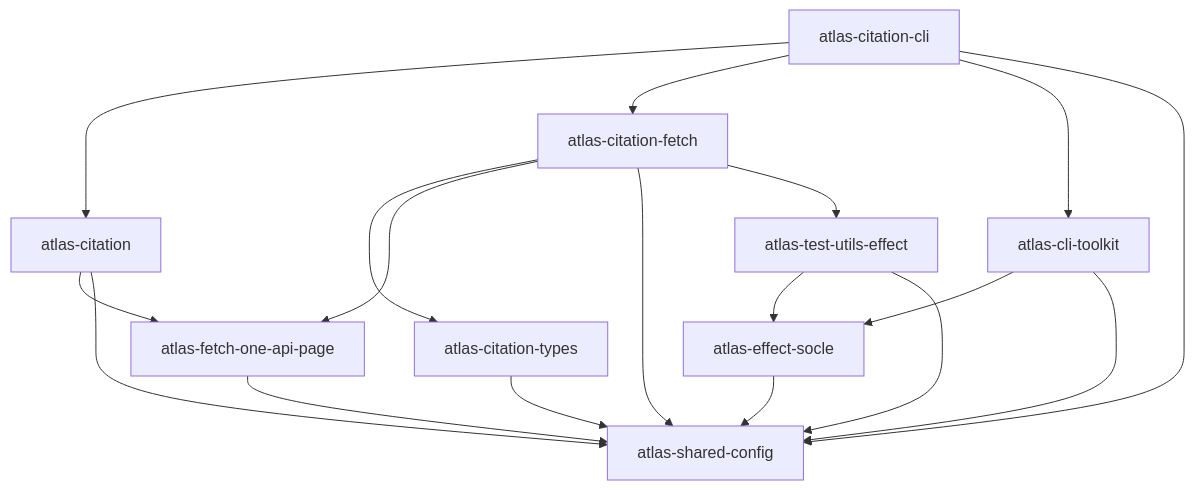
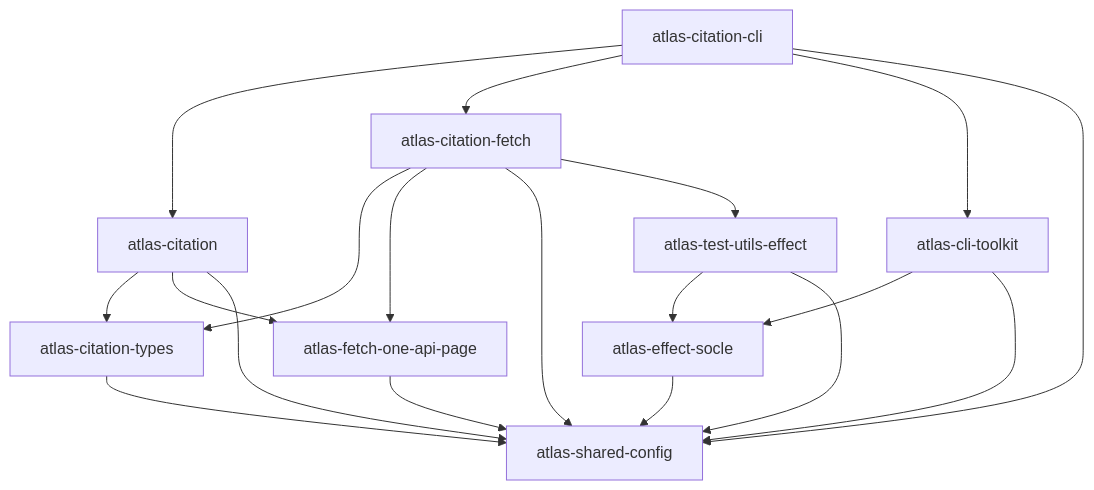
One commit to univ-lehavre/atlas changed the eighth of 19 diagrams in docs/src/content/docs/architecture/packages.md. Above: the diagram before and after it, drawn with Mermaid. The commit also changed other lines of this file and 10 other files, not shown here.

````diff
--- a/docs/src/content/docs/architecture/packages.md
+++ b/docs/src/content/docs/architecture/packages.md
@@ -429,29 +429,30 @@
 ```mermaid
 flowchart TD
   _univ_lehavre_atlas_citation["atlas-citation"]
   _univ_lehavre_atlas_citation_cli["atlas-citation-cli"]
   _univ_lehavre_atlas_citation_fetch["atlas-citation-fetch"]
   _univ_lehavre_atlas_citation_types["atlas-citation-types"]
   _univ_lehavre_atlas_cli_toolkit["atlas-cli-toolkit"]
   _univ_lehavre_atlas_effect_socle["atlas-effect-socle"]
   _univ_lehavre_atlas_fetch_one_api_page["atlas-fetch-one-api-page"]
   _univ_lehavre_atlas_shared_config["atlas-shared-config"]
   _univ_lehavre_atlas_test_utils_effect["atlas-test-utils-effect"]
+  _univ_lehavre_atlas_citation --> _univ_lehavre_atlas_citation_types
   _univ_lehavre_atlas_citation --> _univ_lehavre_atlas_fetch_one_api_page
   _univ_lehavre_atlas_citation --> _univ_lehavre_atlas_shared_config
   _univ_lehavre_atlas_citation_cli --> _univ_lehavre_atlas_citation
   _univ_lehavre_atlas_citation_cli --> _univ_lehavre_atlas_citation_fetch
   _univ_lehavre_atlas_citation_cli --> _univ_lehavre_atlas_cli_toolkit
   _univ_lehavre_atlas_citation_cli --> _univ_lehavre_atlas_shared_config
   _univ_lehavre_atlas_citation_fetch --> _univ_lehavre_atlas_citation_types
   _univ_lehavre_atlas_citation_fetch --> _univ_lehavre_atlas_fetch_one_api_page
   _univ_lehavre_atlas_citation_fetch --> _univ_lehavre_atlas_shared_config
   _univ_lehavre_atlas_citation_fetch --> _univ_lehavre_atlas_test_utils_effect
   _univ_lehavre_atlas_citation_types --> _univ_lehavre_atlas_shared_config
   _univ_lehavre_atlas_cli_toolkit --> _univ_lehavre_atlas_effect_socle
   _univ_lehavre_atlas_cli_toolkit --> _univ_lehavre_atlas_shared_config
   _univ_lehavre_atlas_effect_socle --> _univ_lehavre_atlas_shared_config
   _univ_lehavre_atlas_fetch_one_api_page --> _univ_lehavre_atlas_shared_config
   _univ_lehavre_atlas_test_utils_effect --> _univ_lehavre_atlas_effect_socle
   _univ_lehavre_atlas_test_utils_effect --> _univ_lehavre_atlas_shared_config
 ```
````
